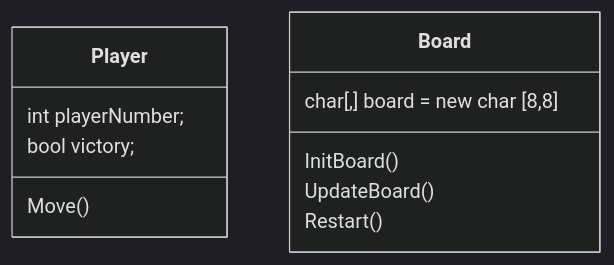
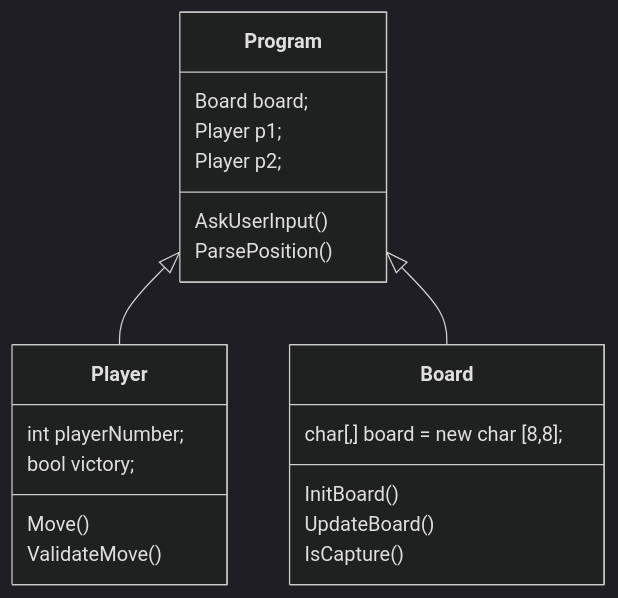
Before and after one commit to joonashkra/checkers: the diagram in classes.md, drawn with Mermaid (dark theme).

Commit message:
updated OOAD

````diff
--- a/classes.md
+++ b/classes.md
@@ -1,14 +1,24 @@
 ```mermaid
 classDiagram
-    class Player{
+    Program <|-- Player
+    Program <|-- Board
+    class Program {
+        Board board;
+        Player p1;
+        Player p2;
+        AskUserInput()
+        ParsePosition()
+    }
+    class Player {
       int playerNumber;
       bool victory;
       Move()
+      ValidateMove()
     }
-    class Board{
-      char[,] board = new char [8,8]
+    class Board {
+      char[,] board = new char [8,8];
       InitBoard()
       UpdateBoard()
-      Restart()
+      IsCapture()
     }
 ```
````
